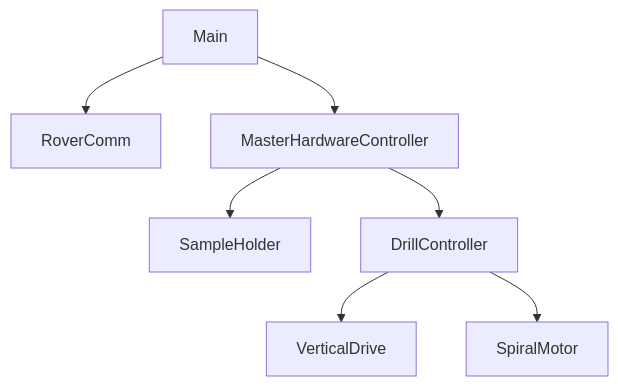
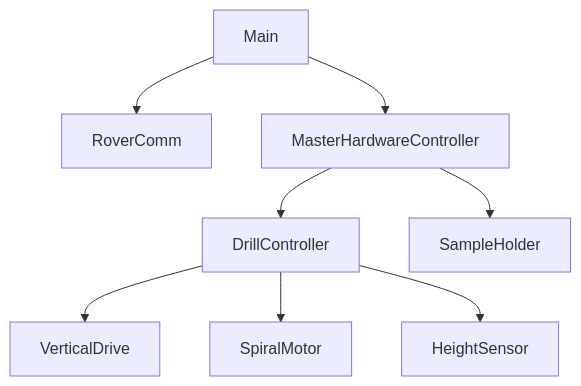
Before and after one commit to BrnoMarsRover/Drilling: the diagram in README.md, drawn with Mermaid.

````diff
--- a/README.md
+++ b/README.md
@@ -21,9 +21,10 @@
 ```mermaid
 graph TD;
     Main-->RoverComm;
     Main-->MasterHardwareController;
+    MasterHardwareController-->DrillController;
     MasterHardwareController-->SampleHolder;
-    MasterHardwareController-->DrillController;
     DrillController-->VerticalDrive;
     DrillController-->SpiralMotor;
+  	DrillController-->HeightSensor;
 ```
````
